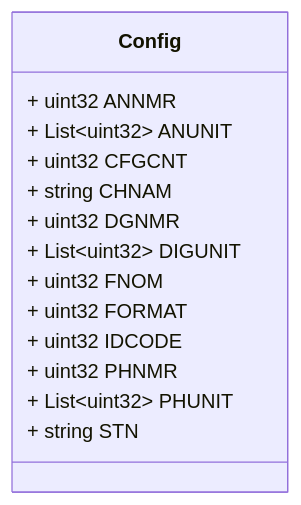
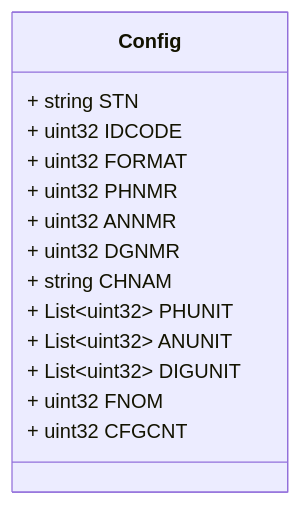
The third of 3 diagrams in docs/conf2.proto.md (zaphiro-technologies/protobuf), drawn with Mermaid before and after one commit. The commit also changed other lines of this file and 12 other files, not shown here.

First line of the commit message:
Replace custom proto-gen-md-diagrams with official one (#50)

````diff
--- a/docs/conf2.proto.md
+++ b/docs/conf2.proto.md
@@ -70,22 +70,22 @@
 ```mermaid
 classDiagram
 direction LR
 
 %% Single PMU configuration according to Configuration frame 2
 
 class Config {
+  + string STN
+  + uint32 IDCODE
+  + uint32 FORMAT
+  + uint32 PHNMR
   + uint32 ANNMR
+  + uint32 DGNMR
+  + string CHNAM
+  + List~uint32~ PHUNIT
   + List~uint32~ ANUNIT
-  + uint32 CFGCNT
-  + string CHNAM
-  + uint32 DGNMR
   + List~uint32~ DIGUNIT
   + uint32 FNOM
-  + uint32 FORMAT
-  + uint32 IDCODE
-  + uint32 PHNMR
-  + List~uint32~ PHUNIT
-  + string STN
+  + uint32 CFGCNT
 }
 
 ```
````
